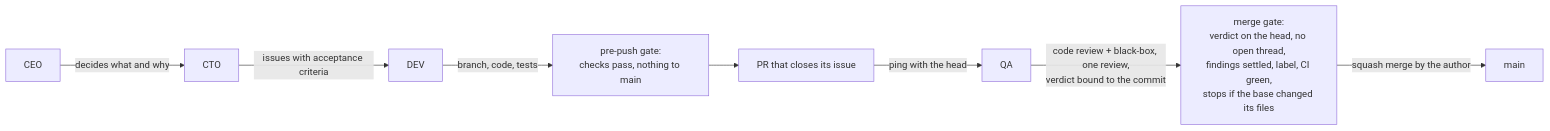
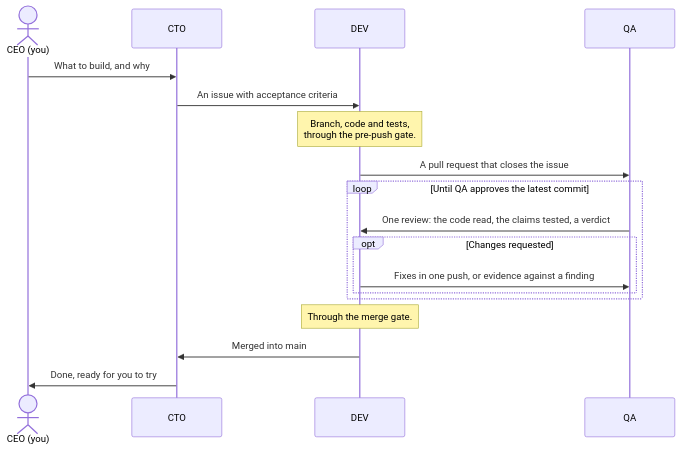
The diagram in README.md (gzurl/agent-squad), drawn with Mermaid before and after one commit. The commit also changed other lines of this file and 5 other files, not shown here.

````diff
--- a/README.md
+++ b/README.md
@@ -69,10 +113,20 @@
 ```mermaid
-flowchart LR
-  CEO -- "decides what and why" --> CTO
-  CTO -- "issues with acceptance criteria" --> DEV
-  DEV -- "branch, code, tests" --> PUSH["pre-push gate:<br/>checks pass, nothing to main"]
-  PUSH --> PR["PR that closes its issue"]
-  PR -- "ping with the head" --> QA
-  QA -- "code review + black-box, one review,<br/>verdict bound to the commit" --> MERGE["merge gate:<br/>verdict on the head, no open thread,<br/>findings settled, label, CI green,<br/>stops if the base changed its files"]
-  MERGE -- "squash merge by the author" --> MAIN["main"]
+sequenceDiagram
+  actor CEO as CEO (you)
+  participant CTO
+  participant DEV
+  participant QA
+  CEO->>CTO: What to build, and why
+  CTO->>DEV: An issue with acceptance criteria
+  Note over DEV: Branch, code and tests,<br/>through the pre-push gate.
+  DEV->>QA: A pull request that closes the issue
+  loop Until QA approves the latest commit
+    QA->>DEV: One review: the code read, the claims tested, a verdict
+    opt Changes requested
+      DEV->>QA: Fixes in one push, or evidence against a finding
+    end
+  end
+  Note over DEV: Through the merge gate.
+  DEV->>CTO: Merged into main
+  CTO->>CEO: Done, ready for you to try
 ```
````
